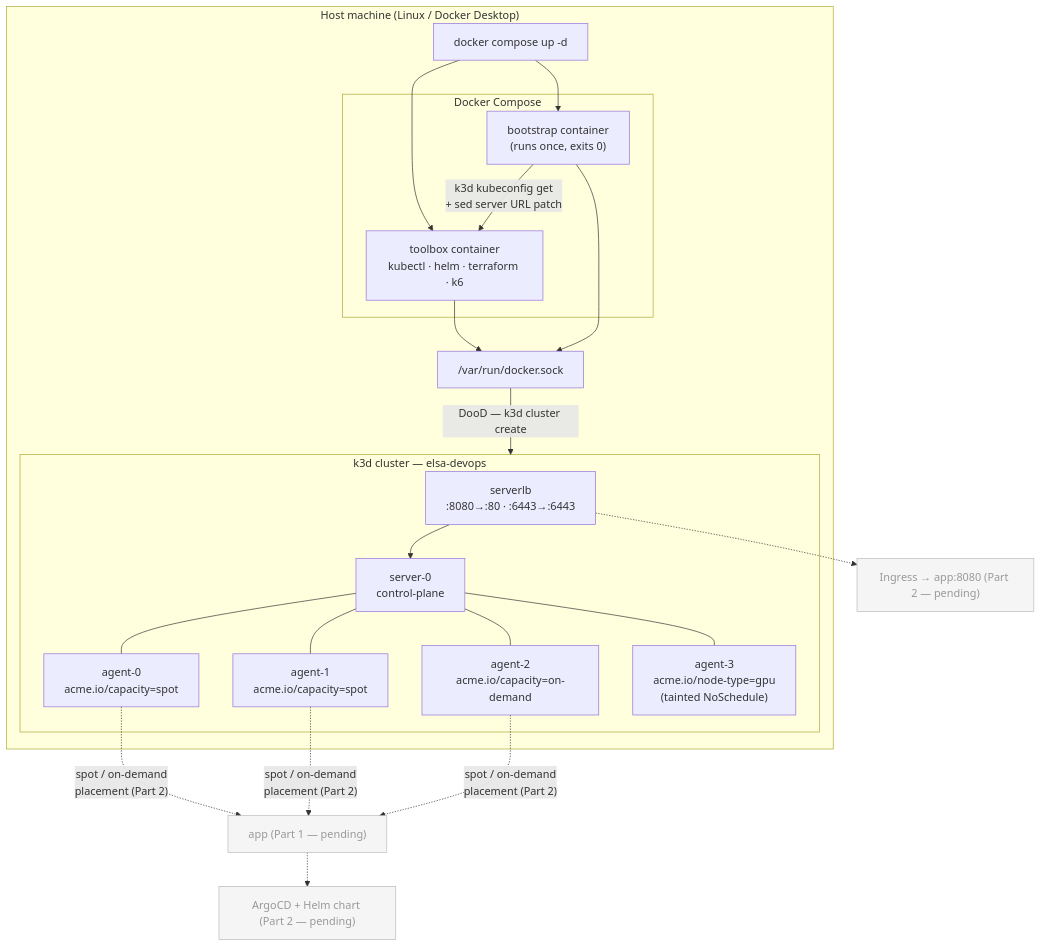
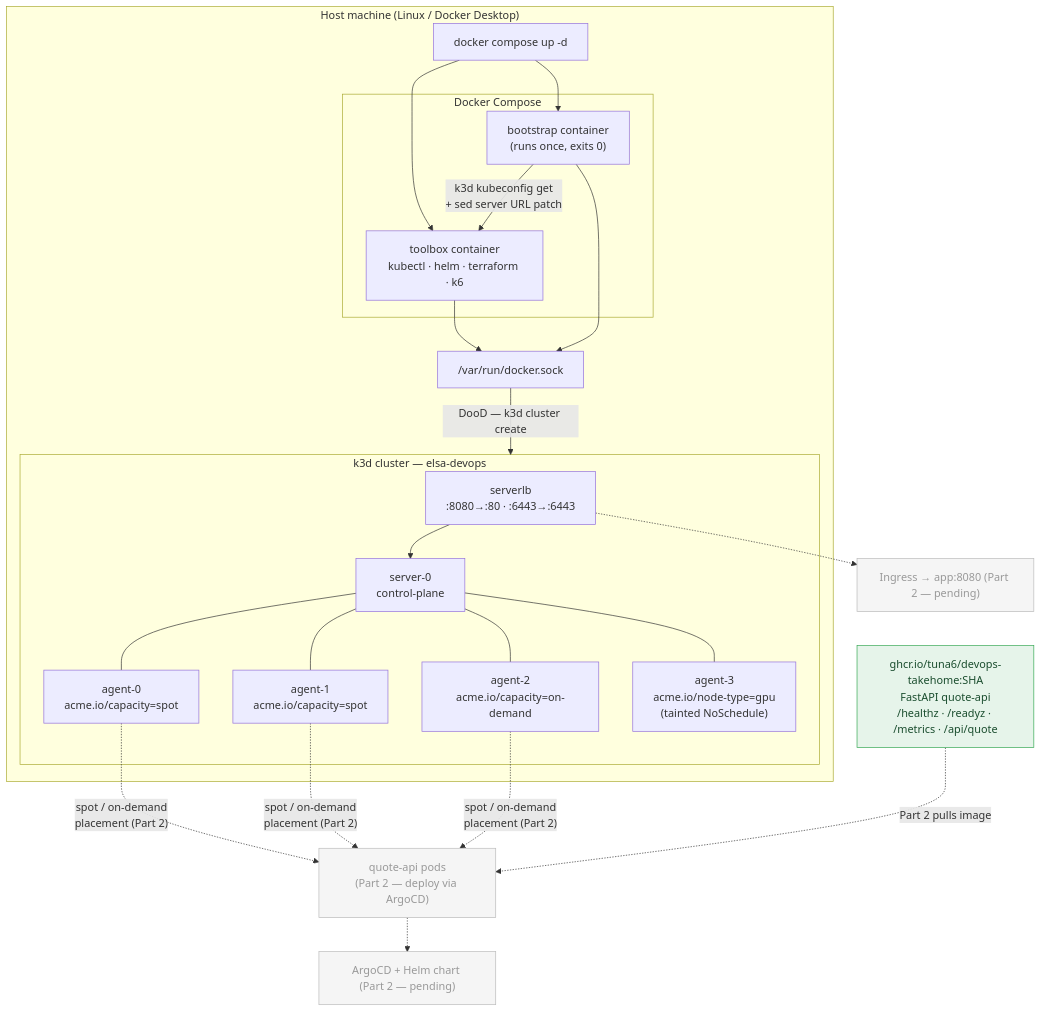
One commit to tuna6/devops-takehome changed the diagram in README.md. Above: the diagram before and after it, drawn with Mermaid. The commit also changed other lines of this file and 6 other files, not shown here.

Commit message:
feat: build & ship small service using FastAPI (Part 1)

````diff
--- a/README.md
+++ b/README.md
@@ -17,38 +17,41 @@
 ```mermaid
 flowchart TD
     subgraph Host["Host machine (Linux / Docker Desktop)"]
         DC["docker compose up -d"]
 
         subgraph Compose["Docker Compose"]
             TB["toolbox container\nkubectl · helm · terraform · k6"]
             BS["bootstrap container\n(runs once, exits 0)"]
         end
 
         DS["/var/run/docker.sock"]
 
         subgraph K3D["k3d cluster — elsa-devops"]
             LB["serverlb\n:8080→:80 · :6443→:6443"]
             S0["server-0\ncontrol-plane"]
             A0["agent-0\nacme.io/capacity=spot"]
             A1["agent-1\nacme.io/capacity=spot"]
             A2["agent-2\nacme.io/capacity=on-demand"]
             A3["agent-3\nacme.io/node-type=gpu\n(tainted NoSchedule)"]
         end
     end
 
     DC --> TB
     DC --> BS
     TB & BS --> DS
     DS -->|"DooD — k3d cluster create"| K3D
     BS -->|"k3d kubeconfig get\n+ sed server URL patch"| TB
     LB --> S0
     S0 --- A0 & A1 & A2 & A3
 
     classDef pending fill:#f5f5f5,stroke:#bbb,color:#999
-    APP["app (Part 1 — pending)"]:::pending
+    classDef built fill:#e6f4ea,stroke:#34a853,color:#1a4d2e
+    GHCR["ghcr.io/tuna6/devops-takehome:SHA\nFastAPI quote-api\n/healthz · /readyz · /metrics · /api/quote"]:::built
+    APP["quote-api pods\n(Part 2 — deploy via ArgoCD)"]:::pending
     ARGO["ArgoCD + Helm chart (Part 2 — pending)"]:::pending
     INGRESS["Ingress → app:8080 (Part 2 — pending)"]:::pending
     A0 & A1 & A2 -.->|"spot / on-demand\nplacement (Part 2)"| APP:::pending
     APP -.-> ARGO:::pending
+    GHCR -.->|"Part 2 pulls image"| APP:::pending
     LB -.-> INGRESS:::pending
 ```
````
